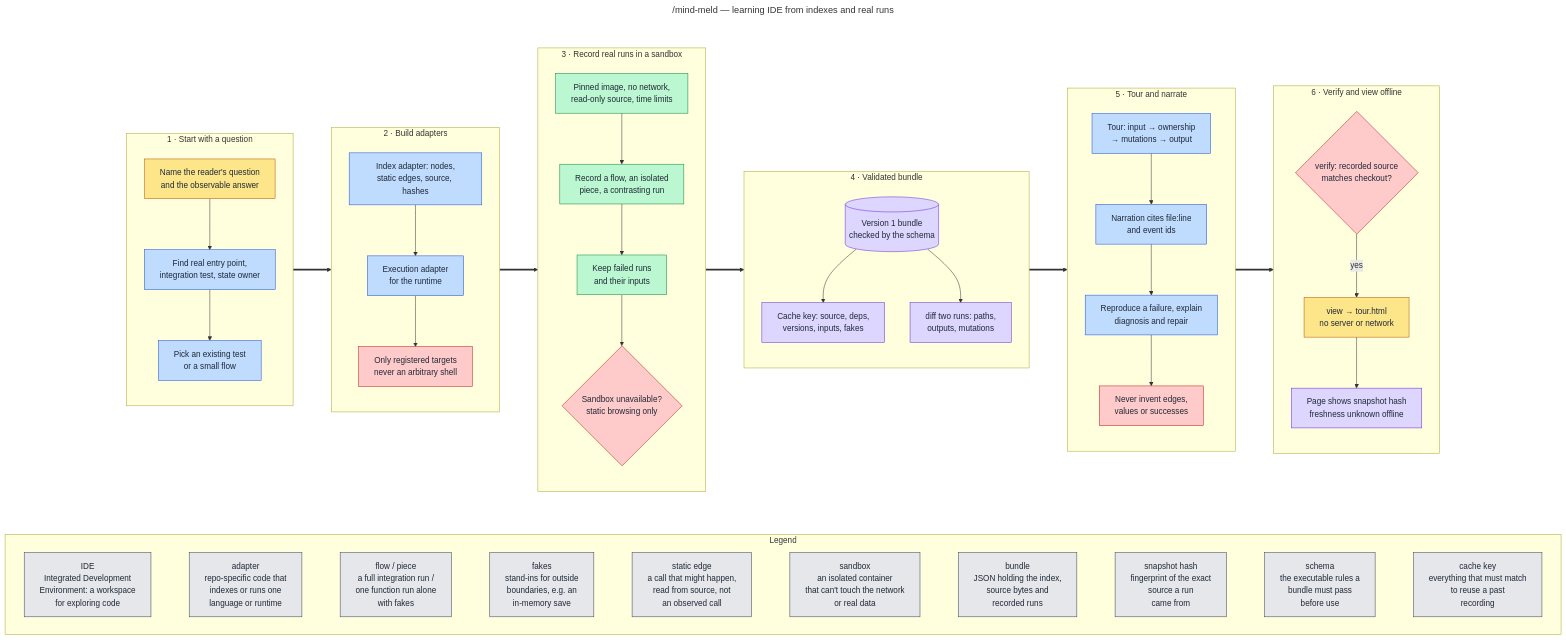
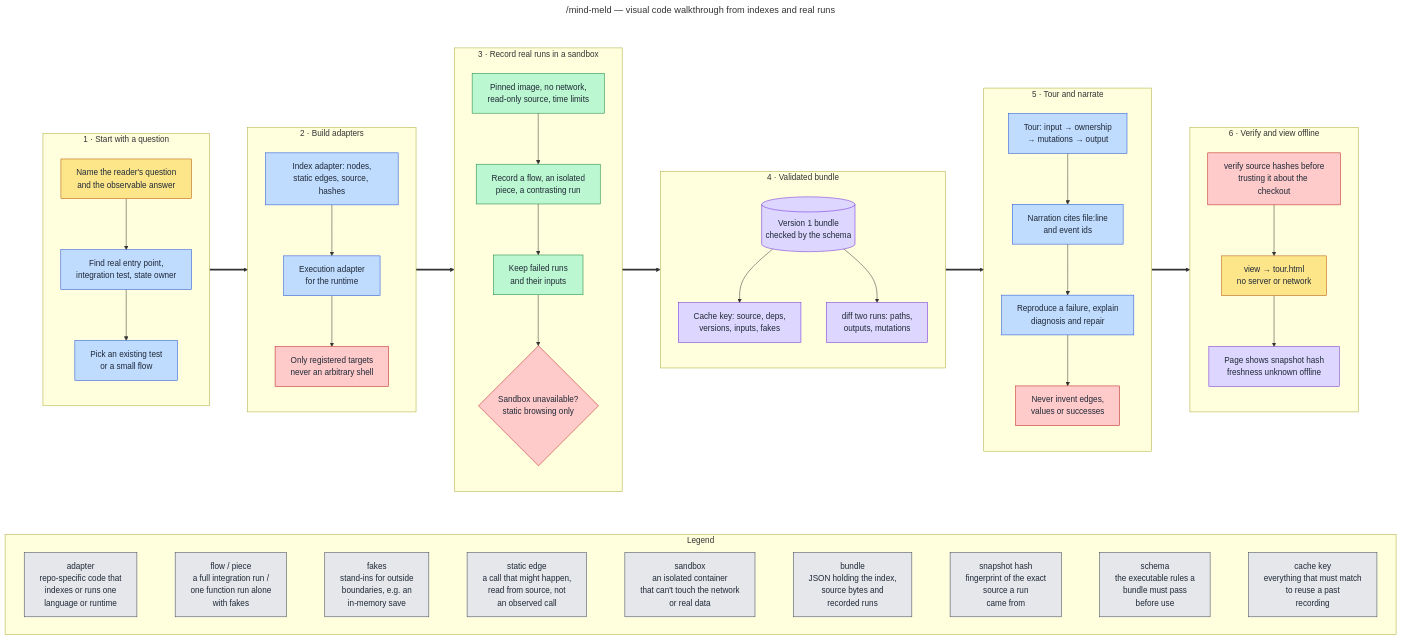
One commit to victusfate/scaffold changed the diagram in docs/diagrams/src/mind-meld.mmd. Above: the diagram before and after it, drawn with Mermaid. The commit also changed 4 other files, not shown here.

Commit message:
docs(diagrams): correct mind-meld, agentic-task-queue against their sources

```diff
--- a/docs/diagrams/src/mind-meld.mmd
+++ b/docs/diagrams/src/mind-meld.mmd
@@ -1,88 +1,87 @@
 ---
-title: /mind-meld — learning IDE from indexes and real runs
+title: /mind-meld — visual code walkthrough from indexes and real runs
 ---
 flowchart TB
   classDef owner fill:#fde68a,stroke:#b45309,color:#1f2937
   classDef orch fill:#bfdbfe,stroke:#1d4ed8,color:#1f2937
   classDef state fill:#ddd6fe,stroke:#6d28d9,color:#1f2937
   classDef lane fill:#bbf7d0,stroke:#15803d,color:#1f2937
   classDef git fill:#e5e7eb,stroke:#374151,color:#1f2937
   classDef gate fill:#fecaca,stroke:#b91c1c,color:#1f2937
 
   %% Edges run between stage subgraphs (not inner nodes) so each stage keeps
   %% its own top-to-bottom direction and the whole image stays landscape.
 
   subgraph FLOW[" "]
   direction LR
 
   subgraph QUESTION["1 · Start with a question"]
     direction TB
     Q1["Name the reader's question<br/>and the observable answer"]:::owner
     Q2["Find real entry point,<br/>integration test, state owner"]:::orch
     Q3["Pick an existing test<br/>or a small flow"]:::orch
     Q1 --> Q2 --> Q3
   end
 
   subgraph ADAPT["2 · Build adapters"]
     direction TB
     D1["Index adapter: nodes,<br/>static edges, source, hashes"]:::orch
     D2["Execution adapter<br/>for the runtime"]:::orch
     D3["Only registered targets<br/>never an arbitrary shell"]:::gate
     D1 --> D2 --> D3
   end
 
   subgraph RUN["3 · Record real runs in a sandbox"]
     direction TB
     R1["Pinned image, no network,<br/>read-only source, time limits"]:::lane
     R2["Record a flow, an isolated<br/>piece, a contrasting run"]:::lane
     R3["Keep failed runs<br/>and their inputs"]:::lane
     R4{"Sandbox unavailable?<br/>static browsing only"}:::gate
     R1 --> R2 --> R3 --> R4
   end
 
   subgraph BUNDLE["4 · Validated bundle"]
     direction TB
     B1[("Version 1 bundle<br/>checked by the schema")]:::state
     B2["Cache key: source, deps,<br/>versions, inputs, fakes"]:::state
     B3["diff two runs: paths,<br/>outputs, mutations"]:::state
     B1 --> B2
     B1 --> B3
   end
 
   subgraph TOUR["5 · Tour and narrate"]
     direction TB
     T1["Tour: input → ownership<br/>→ mutations → output"]:::orch
     T2["Narration cites file:line<br/>and event ids"]:::orch
     T3["Never invent edges,<br/>values or successes"]:::gate
     T4["Reproduce a failure, explain<br/>diagnosis and repair"]:::orch
     T1 --> T2 --> T4 --> T3
   end
 
   subgraph VIEW["6 · Verify and view offline"]
     direction TB
-    V1{"verify: recorded source<br/>matches checkout?"}:::gate
+    V1["verify source hashes before<br/>trusting it about the checkout"]:::gate
     V2["view → tour.html<br/>no server or network"]:::owner
     V3["Page shows snapshot hash<br/>freshness unknown offline"]:::state
-    V1 -->|yes| V2 --> V3
+    V1 --> V2 --> V3
   end
 
   QUESTION ==> ADAPT ==> RUN ==> BUNDLE ==> TOUR ==> VIEW
   end
   style FLOW fill:none,stroke:none
 
   subgraph LEGEND["Legend"]
     direction LR
-    L1["IDE<br/>Integrated Development<br/>Environment: a workspace<br/>for exploring code"]:::git
     L2["adapter<br/>repo-specific code that<br/>indexes or runs one<br/>language or runtime"]:::git
     L3["flow / piece<br/>a full integration run /<br/>one function run alone<br/>with fakes"]:::git
     L4["fakes<br/>stand-ins for outside<br/>boundaries, e.g. an<br/>in-memory save"]:::git
     L5["static edge<br/>a call that might happen,<br/>read from source, not<br/>an observed call"]:::git
     L6["sandbox<br/>an isolated container<br/>that can't touch the network<br/>or real data"]:::git
     L7["bundle<br/>JSON holding the index,<br/>source bytes and<br/>recorded runs"]:::git
     L8["snapshot hash<br/>fingerprint of the exact<br/>source a run<br/>came from"]:::git
     L9["schema<br/>the executable rules a<br/>bundle must pass<br/>before use"]:::git
     L10["cache key<br/>everything that must match<br/>to reuse a past<br/>recording"]:::git
-    L1 ~~~ L2 ~~~ L3 ~~~ L4 ~~~ L5 ~~~ L6 ~~~ L7 ~~~ L8 ~~~ L9 ~~~ L10
+    L2 ~~~ L3 ~~~ L4 ~~~ L5 ~~~ L6 ~~~ L7 ~~~ L8 ~~~ L9 ~~~ L10
   end
 
   FLOW ~~~ LEGEND
```
